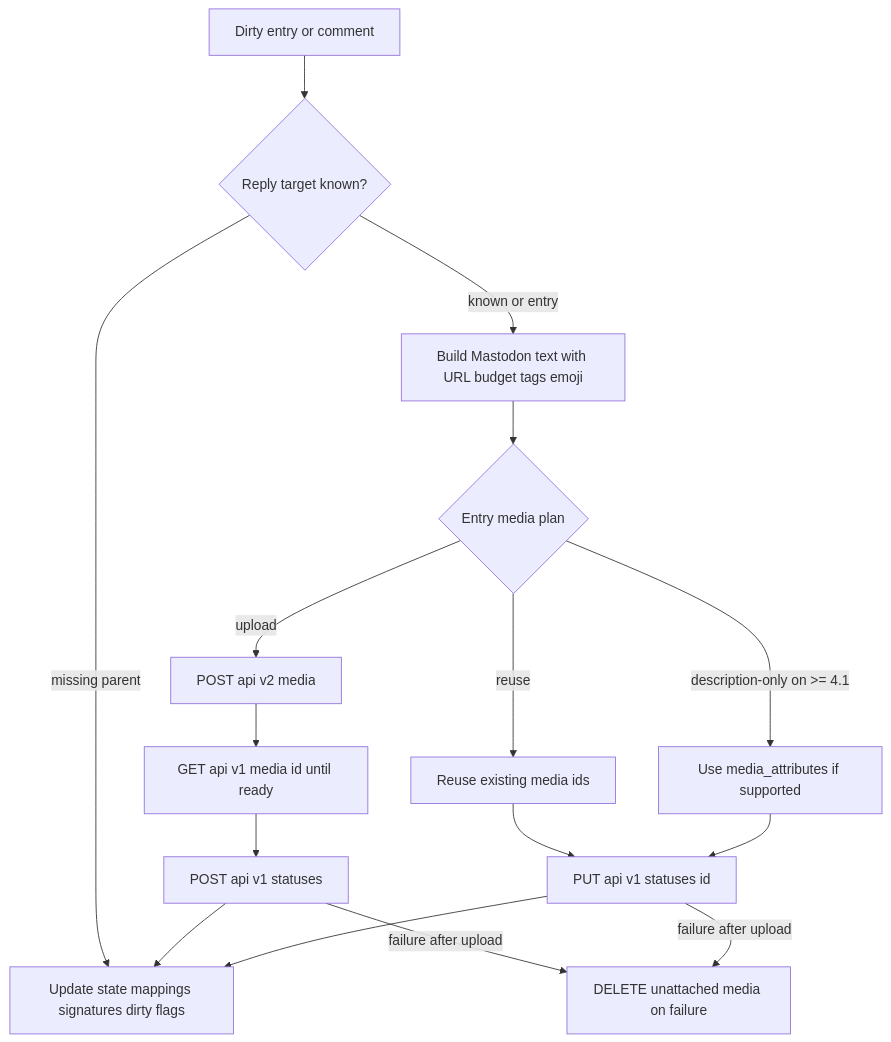
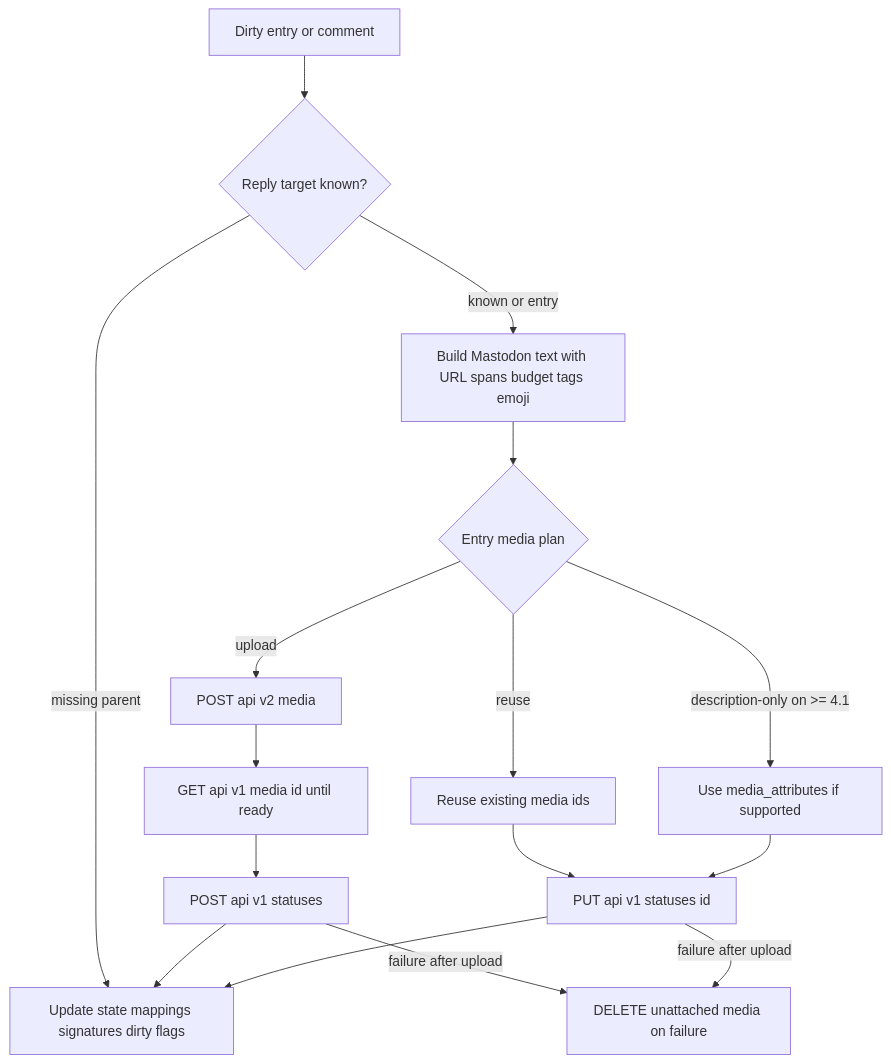
One commit to flatpressblog/flatpress changed the sixth of 9 diagrams in fp-plugins/mastodon/developer-docs/01-Process-Map.md. Above: the diagram before and after it, drawn with Mermaid. The commit also changed other lines of this file and 10 other files, not shown here.

````diff
--- a/fp-plugins/mastodon/developer-docs/01-Process-Map.md
+++ b/fp-plugins/mastodon/developer-docs/01-Process-Map.md
@@ -228,30 +228,30 @@
 ```mermaid
 flowchart TD
     Dirty[Dirty entry or comment]
     Parent{Reply target known?}
-    Text[Build Mastodon text with URL budget tags emoji]
+    Text[Build Mastodon text with URL spans budget tags emoji]
     MediaPlan{Entry media plan}
     Upload[POST api v2 media]
     Poll[GET api v1 media id until ready]
     Reuse[Reuse existing media ids]
     Attr[Use media_attributes if supported]
     Create[POST api v1 statuses]
     Update[PUT api v1 statuses id]
     Cleanup[DELETE unattached media on failure]
     Mapping[Update state mappings signatures dirty flags]
 
     Dirty --> Parent
     Parent -- missing parent --> Mapping
     Parent -- known or entry --> Text
     Text --> MediaPlan
     MediaPlan -- upload --> Upload --> Poll
     MediaPlan -- reuse --> Reuse
     MediaPlan -- description-only on >= 4.1 --> Attr
     Poll --> Create
     Reuse --> Update
     Attr --> Update
     Create --> Mapping
     Update --> Mapping
     Create -- failure after upload --> Cleanup
     Update -- failure after upload --> Cleanup
 ```
````
